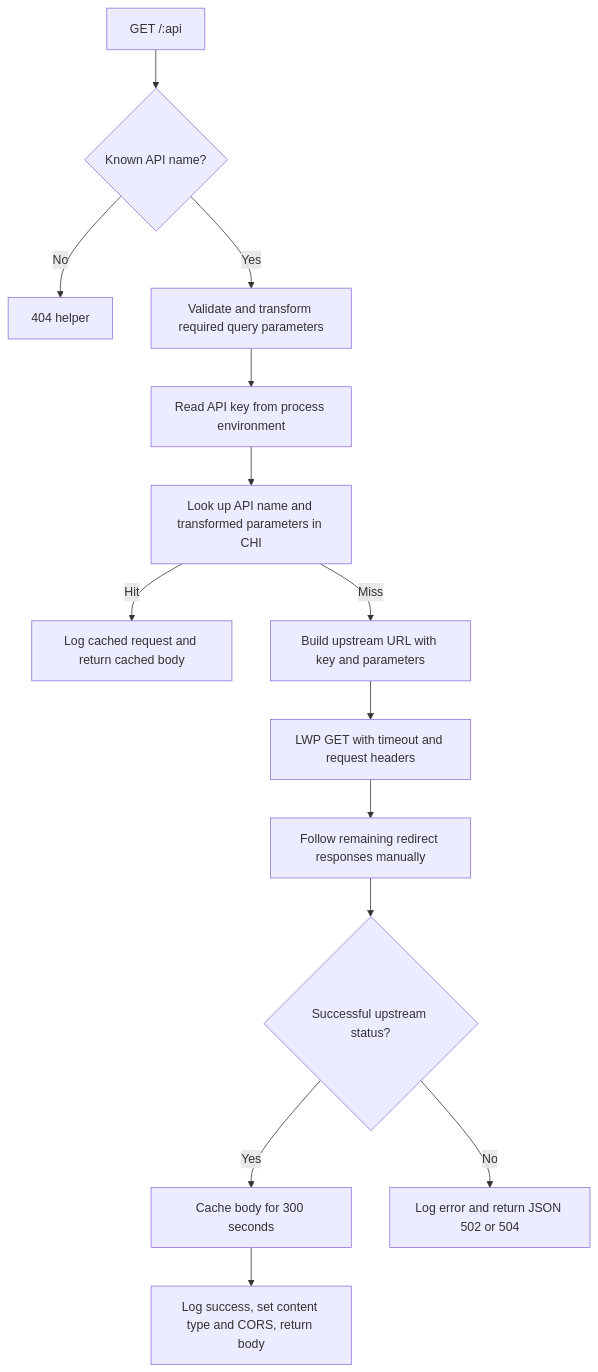
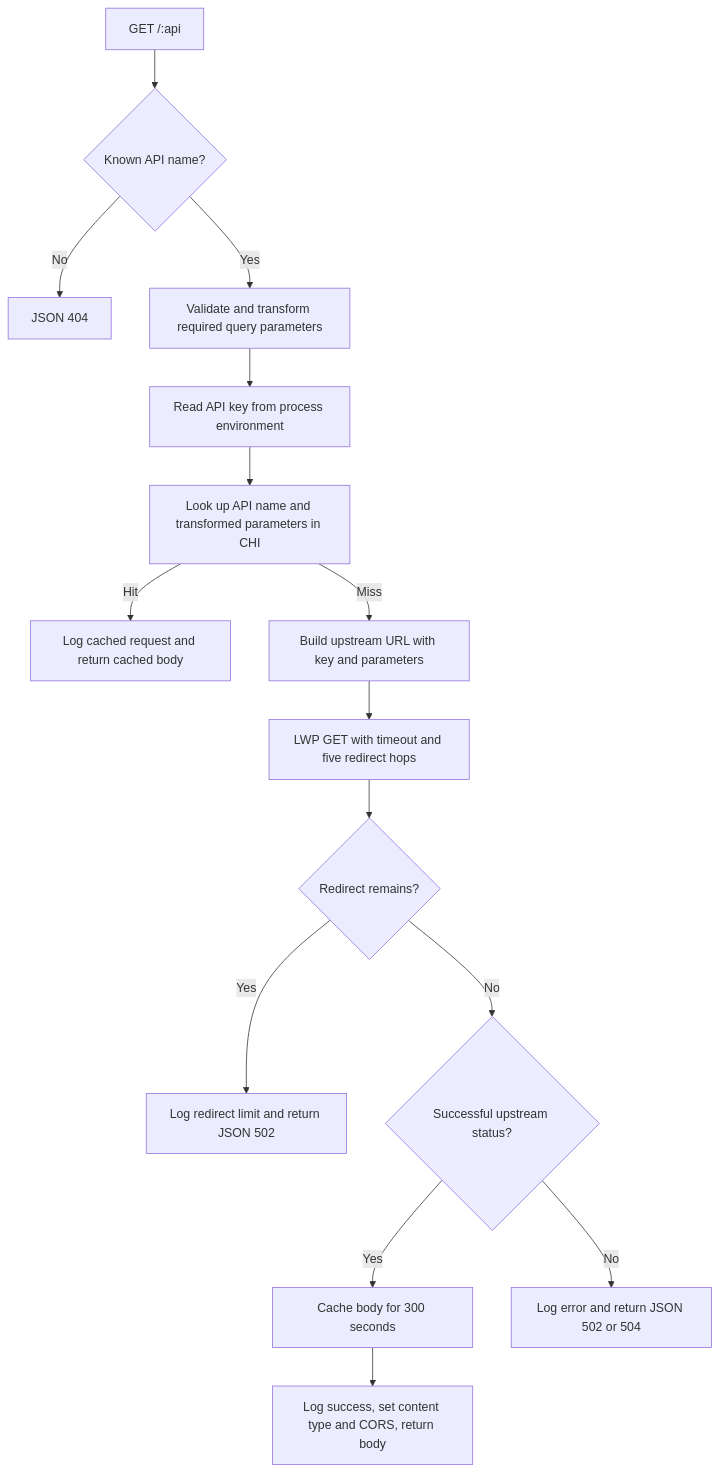
The diagram in docs/architecture.md (davorg/api-proxy), drawn with Mermaid before and after one commit. The commit also changed other lines of this file and 2 other files, not shown here.

Commit message:
Bound upstream redirect handling

````diff
--- a/docs/architecture.md
+++ b/docs/architecture.md
@@ -31,16 +31,17 @@
 ```mermaid
 flowchart TD
     A[GET /:api] --> B{Known API name?}
-    B -->|No| N[404 helper]
+    B -->|No| N[JSON 404]
     B -->|Yes| C[Validate and transform required query parameters]
     C --> D[Read API key from process environment]
     D --> E[Look up API name and transformed parameters in CHI]
     E -->|Hit| F[Log cached request and return cached body]
     E -->|Miss| G[Build upstream URL with key and parameters]
-    G --> H[LWP GET with timeout and request headers]
-    H --> I[Follow remaining redirect responses manually]
-    I --> J{Successful upstream status?}
+    G --> H[LWP GET with timeout and five redirect hops]
+    H --> I{Redirect remains?}
+    I -->|Yes| R[Log redirect limit and return JSON 502]
+    I -->|No| J{Successful upstream status?}
     J -->|Yes| K[Cache body for 300 seconds]
     K --> L[Log success, set content type and CORS, return body]
     J -->|No| M[Log error and return JSON 502 or 504]
 ```
````
